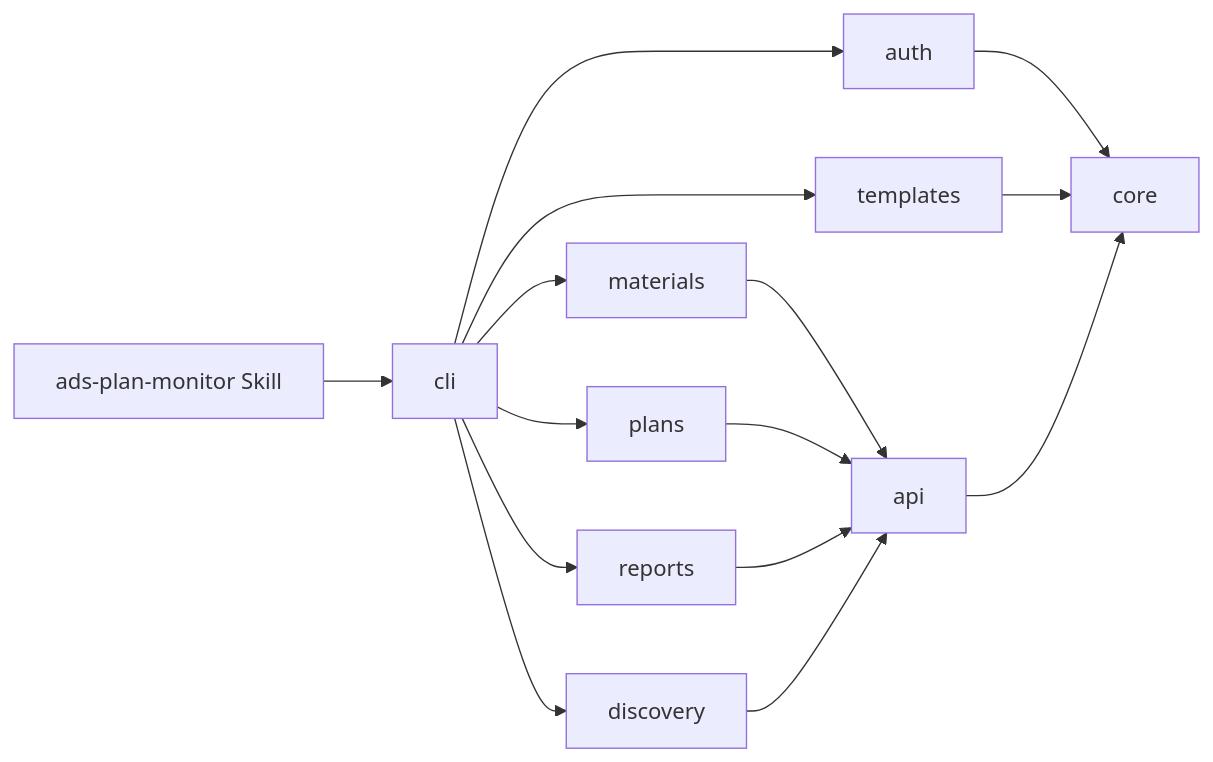
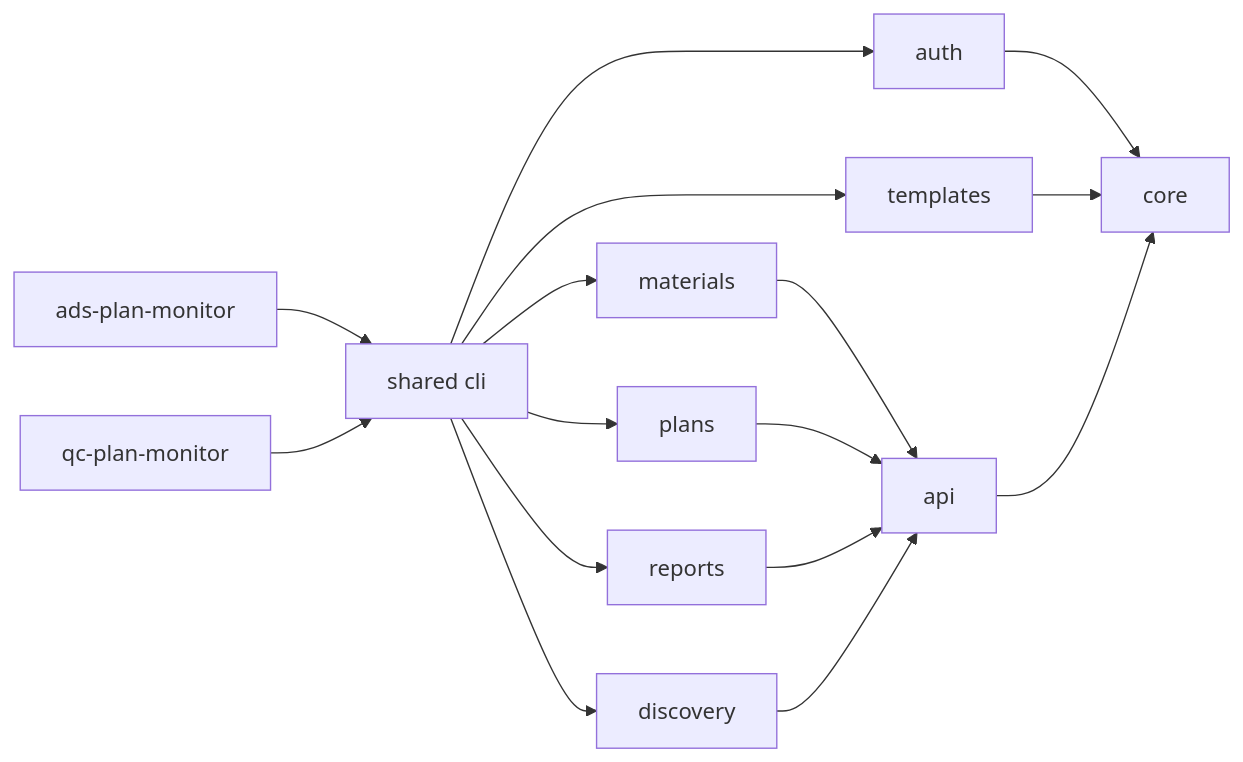
Before and after one commit to westng/ocean-watch: the first of 2 diagrams in docs/architecture.md, drawn with Mermaid. The commit also changed other lines of this file and 54 other files, not shown here.

````diff
--- a/docs/architecture.md
+++ b/docs/architecture.md
@@ -18,17 +18,18 @@
 ```mermaid
 flowchart LR
-    Skill["ads-plan-monitor Skill"] --> CLI["cli"]
+    AdsSkill["ads-plan-monitor"] --> CLI["shared cli"]
+    QcSkill["qc-plan-monitor"] --> CLI
     CLI --> Auth["auth"]
     CLI --> Templates["templates"]
     CLI --> Materials["materials"]
     CLI --> Plans["plans"]
     CLI --> Reports["reports"]
     CLI --> Discovery["discovery"]
     Auth --> Core["core"]
     Templates --> Core
     Materials --> API["api"]
     Plans --> API
     Reports --> API
     Discovery --> API
     API --> Core
 ```
````
